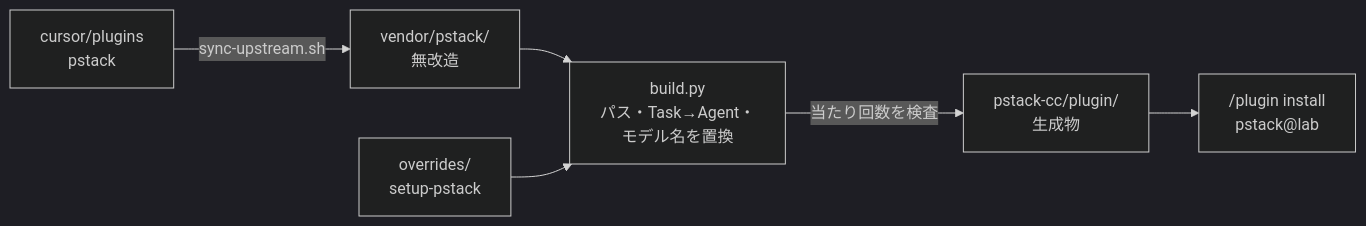
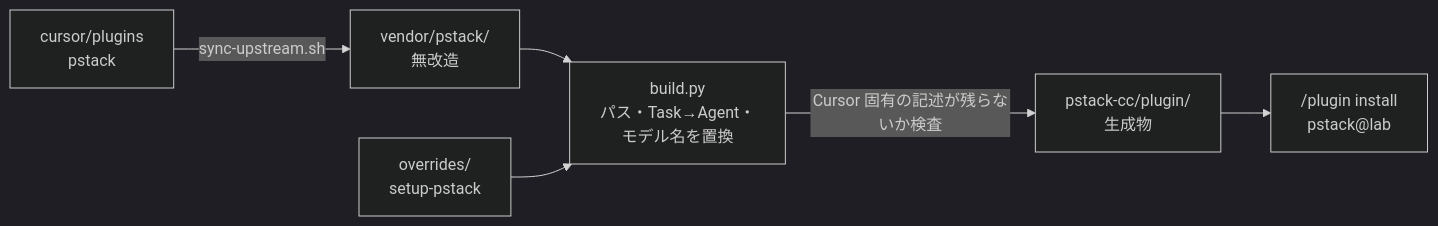
Diagram 12 of 12 in pstack-cc/docs/skill-map.ja.md (souljazzfunk/lab), drawn with Mermaid (dark theme) before and after one commit. The commit also changed other lines of this file and 7 other files, not shown here.

First line of the commit message:
pstack-cc: build は当たり回数ではなく「Cursor 固有の記述が残らないこと」だけを検査する (#95)

````diff
--- a/pstack-cc/docs/skill-map.ja.md
+++ b/pstack-cc/docs/skill-map.ja.md
@@ -214,8 +214,8 @@
 ```mermaid
 flowchart LR
   UP["cursor/plugins<br/>pstack"] -->|sync-upstream.sh| V["vendor/pstack/<br/>無改造"]
   V --> B["build.py<br/>パス・Task→Agent・<br/>モデル名を置換"]
   O["overrides/<br/>setup-pstack"] --> B
-  B -->|当たり回数を検査| P["pstack-cc/plugin/<br/>生成物"]
+  B -->|Cursor 固有の記述が残らないか検査| P["pstack-cc/plugin/<br/>生成物"]
   P --> M["/plugin install<br/>pstack@lab"]
 ```
````
